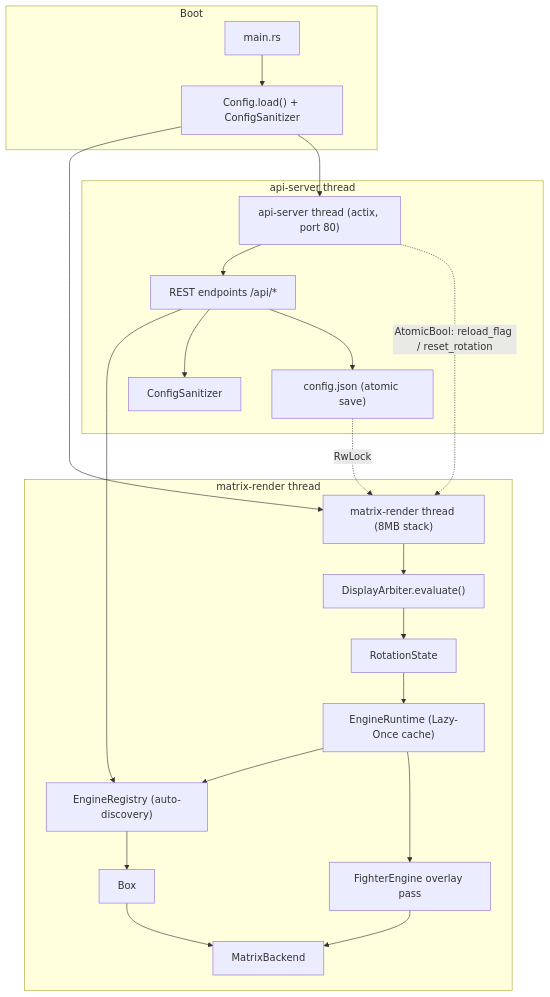
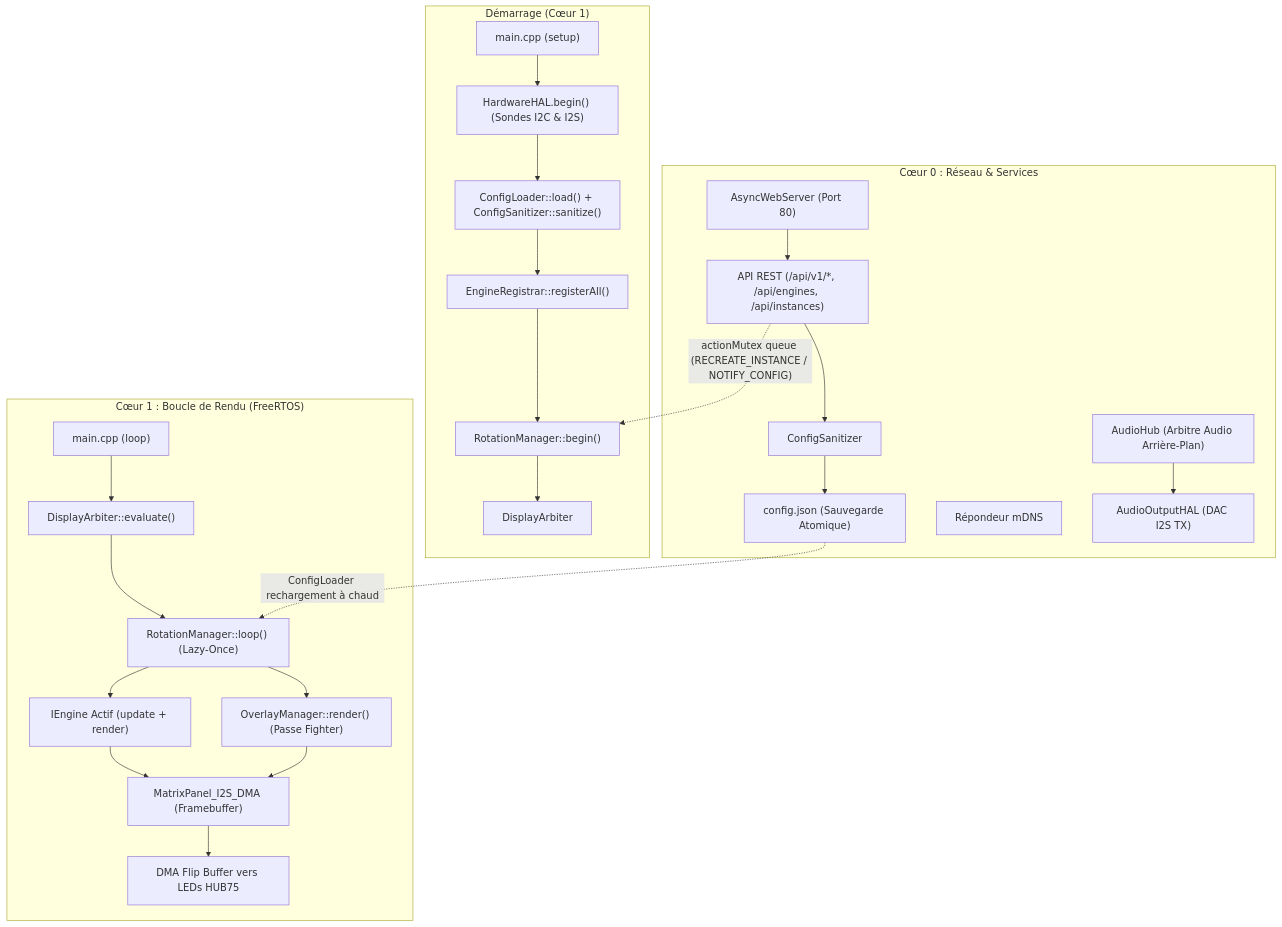
The diagram in docs/ARCHITECTURE_FR.md (red77290/ArcadeMatrix), drawn with Mermaid before and after one commit. The commit also changed other lines of this file and 5 other files, not shown here.

Commit message:
docs(arch): resync ARCHITECTURE and CONFIGURATION with modern ESP32 C++ FreeRTOS contracts

````diff
--- a/docs/ARCHITECTURE_FR.md
+++ b/docs/ARCHITECTURE_FR.md
@@ -48,30 +48,33 @@
 ```mermaid
 flowchart TD
-    subgraph Boot
-        MAIN["main.rs"] --> CFG["Config.load() + ConfigSanitizer"]
+    subgraph Boot["Démarrage (Cœur 1)"]
+        MAIN["main.cpp (setup)"] --> HAL["HardwareHAL.begin() (Sondes I2C & I2S)"]
+        HAL --> CFG["ConfigLoader::load() + ConfigSanitizer::sanitize()"]
+        CFG --> REG["EngineRegistrar::registerAll()"]
+        REG --> RM["RotationManager::begin()"]
+        RM --> ARB["DisplayArbiter"]
     end
 
-    CFG --> REND["matrix-render thread (8MB stack)"]
-    CFG --> API["api-server thread (actix, port 80)"]
-
-    subgraph RenderThread["matrix-render thread"]
-        REND --> ARB["DisplayArbiter.evaluate()"]
-        ARB --> ROT["RotationState"]
-        ROT --> RT["EngineRuntime (Lazy-Once cache)"]
-        RT --> REG["EngineRegistry (auto-discovery)"]
-        REG --> ENG["Box<dyn Engine>"]
-        ENG --> MX["MatrixBackend"]
-        RT --> OV["FighterEngine overlay pass"]
-        OV --> MX
+    subgraph Core0["Cœur 0 : Réseau & Services"]
+        WS["AsyncWebServer (Port 80)"]
+        WS --> API["API REST (/api/v1/*, /api/engines, /api/instances)"]
+        API --> SAN["ConfigSanitizer"]
+        SAN --> SAVE["config.json (Sauvegarde Atomique)"]
+        MDNS["Répondeur mDNS"]
+        AH["AudioHub (Arbitre Audio Arrière-Plan)"]
+        AH --> AHAL["AudioOutputHAL (DAC I2S TX)"]
     end
 
-    subgraph ApiThread["api-server thread"]
-        API --> EP["REST endpoints /api/*"]
-        EP --> REG
-        EP --> SAN["ConfigSanitizer"]
-        EP --> SAVE["config.json (atomic save)"]
+    subgraph Core1["Cœur 1 : Boucle de Rendu (FreeRTOS)"]
+        LOOP["main.cpp (loop)"] --> ARB_EVAL["DisplayArbiter::evaluate()"]
+        ARB_EVAL --> RM_LOOP["RotationManager::loop() (Lazy-Once)"]
+        RM_LOOP --> ENG["IEngine Actif (update + render)"]
+        ENG --> MATRIX["MatrixPanel_I2S_DMA (Framebuffer)"]
+        RM_LOOP --> OV["OverlayManager::render() (Passe Fighter)"]
+        OV --> MATRIX
+        MATRIX --> DMA["DMA Flip Buffer vers LEDs HUB75"]
     end
 
-    API -.->|"AtomicBool: reload_flag / reset_rotation"| REND
-    SAVE -.->|"RwLock<ConfigSettings>"| REND
+    API -.->|"actionMutex queue (RECREATE_INSTANCE / NOTIFY_CONFIG)"| RM
+    SAVE -.->|"ConfigLoader rechargement à chaud"| RM_LOOP
 ```
````
